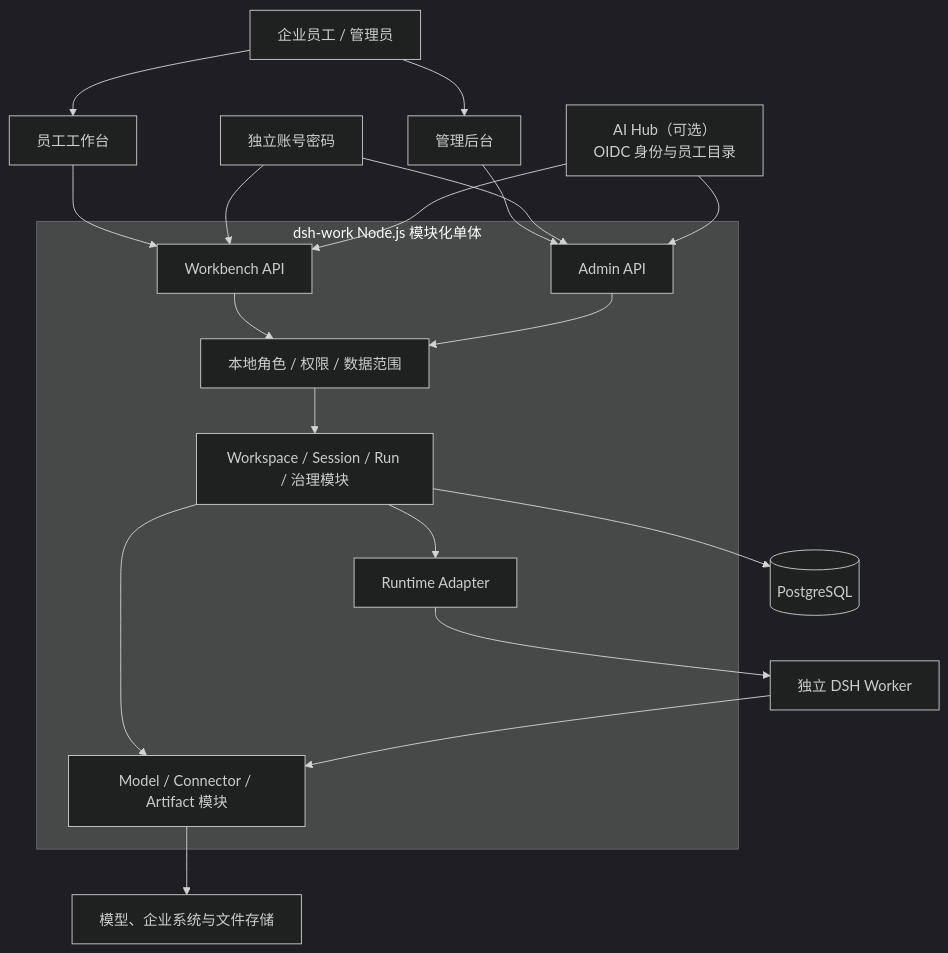
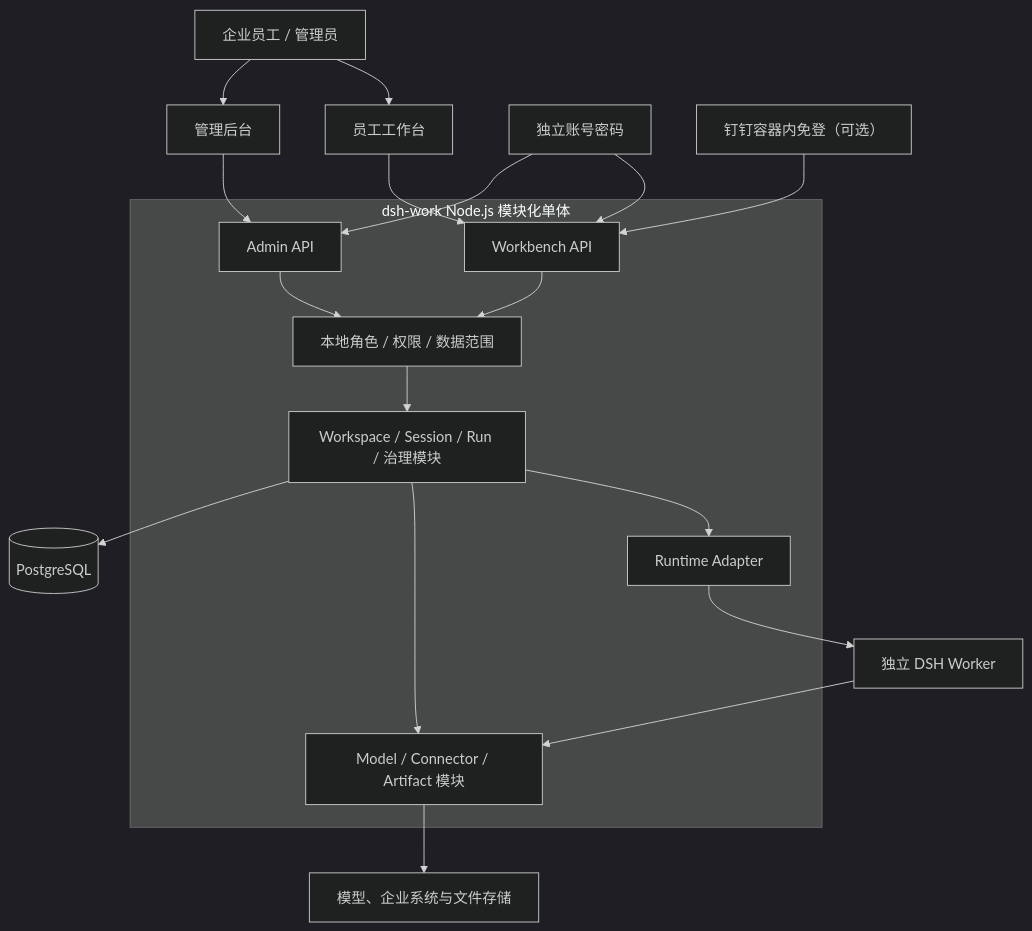
Before and after one commit to globalsinocode/dsh-work: the diagram in README.md, drawn with Mermaid (dark theme). The commit also changed other lines of this file and 170 other files, not shown here.

````diff
--- a/README.md
+++ b/README.md
@@ -49,24 +49,23 @@
 ```mermaid
 flowchart TB
   User[企业员工 / 管理员] --> WB[员工工作台]
   User --> Admin[管理后台]
   WB --> API[Workbench API]
   Admin --> AdminAPI[Admin API]
   Local[独立账号密码] --> API
   Local --> AdminAPI
-  AIHub[AI Hub（可选）<br/>OIDC 身份与员工目录] --> API
-  AIHub --> AdminAPI
+  DingTalk[钉钉容器内免登（可选）] --> API
 
   subgraph App[dsh-work Node.js 模块化单体]
     API --> Authz[本地角色 / 权限 / 数据范围]
     AdminAPI --> Authz
     Authz --> Domain[Workspace / Session / Run / 治理模块]
     Domain --> Adapter[Runtime Adapter]
     Domain --> Gateways[Model / Connector / Artifact 模块]
   end
 
   Domain --> PG[(PostgreSQL)]
   Adapter --> Worker[独立 DSH Worker]
   Worker --> Gateways
   Gateways --> Enterprise[模型、企业系统与文件存储]
 ```
````
